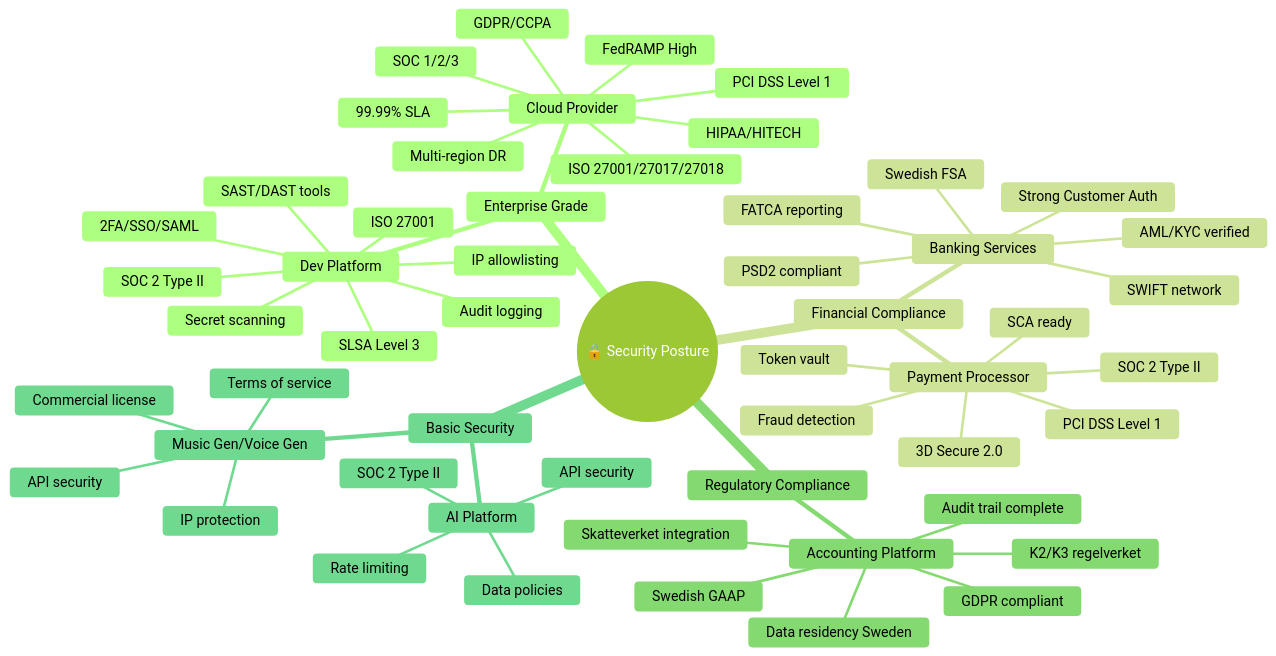
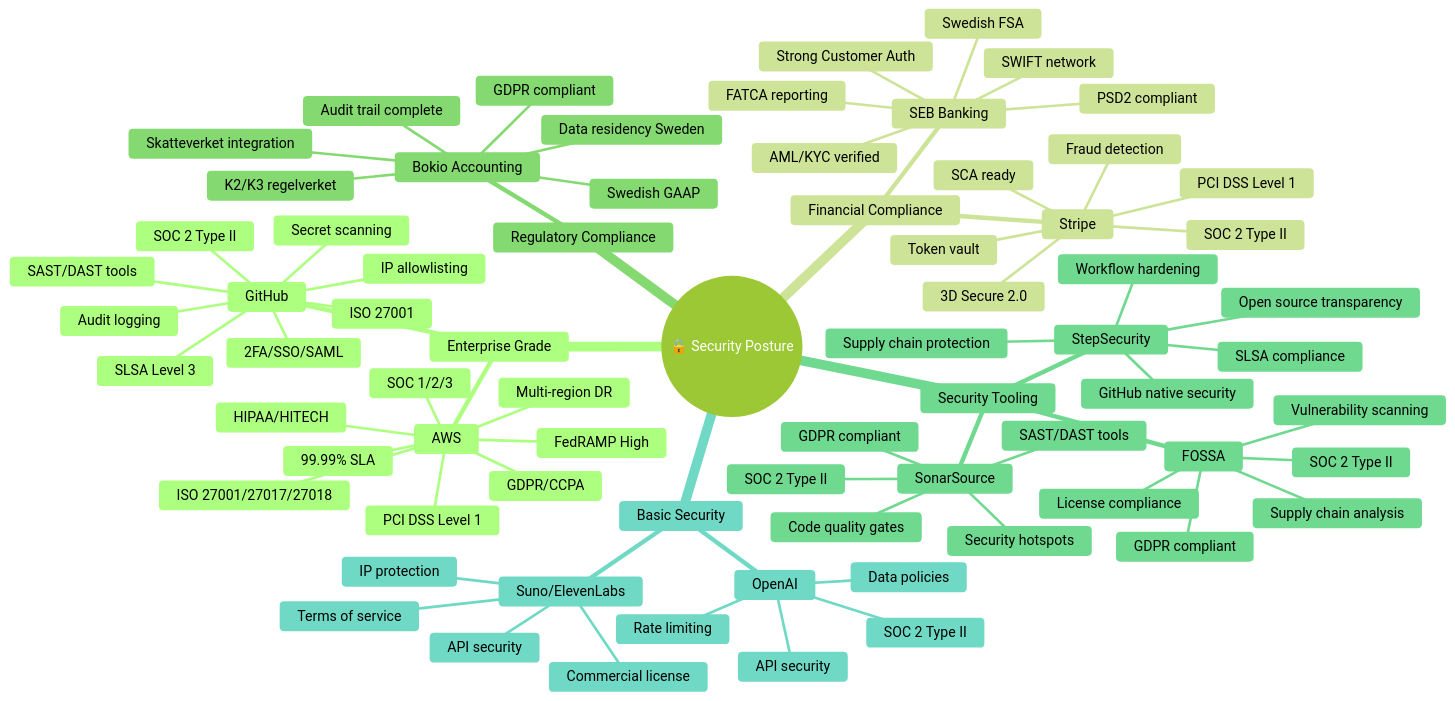
One commit to Hack23/ISMS-PUBLIC changed the second of 5 diagrams in SUPPLIER.md. Above: the diagram before and after it, drawn with Mermaid (forest theme). The commit also changed other lines of this file, not shown here.

````diff
--- a/SUPPLIER.md
+++ b/SUPPLIER.md
@@ -137,57 +166,76 @@
 ```mermaid
 mindmap
   root((🔒 Security Posture))
     Enterprise Grade
-      Cloud Provider
+      AWS
         ISO 27001/27017/27018
         SOC 1/2/3
         PCI DSS Level 1
         HIPAA/HITECH
         FedRAMP High
         GDPR/CCPA
         Multi-region DR
         99.99% SLA
-      Dev Platform
+      GitHub
         SOC 2 Type II
         ISO 27001
         SLSA Level 3
         2FA/SSO/SAML
         IP allowlisting
         Audit logging
         Secret scanning
         SAST/DAST tools
     Financial Compliance
-      Banking Services
+      SEB Banking
         PSD2 compliant
         Swedish FSA
         SWIFT network
         AML/KYC verified
         FATCA reporting
         Strong Customer Auth
-      Payment Processor
+      Stripe
         PCI DSS Level 1
         SOC 2 Type II
         3D Secure 2.0
         SCA ready
         Token vault
         Fraud detection
     Regulatory Compliance
-      Accounting Platform
+      Bokio Accounting
         Swedish GAAP
         K2/K3 regelverket
         Skatteverket integration
         GDPR compliant
         Data residency Sweden
         Audit trail complete
+    Security Tooling
+      SonarSource
+        SOC 2 Type II
+        GDPR compliant
+        SAST/DAST tools
+        Code quality gates
+        Security hotspots
+      FOSSA
+        SOC 2 Type II
+        GDPR compliant
+        License compliance
+        Vulnerability scanning
+        Supply chain analysis
+      StepSecurity
+        GitHub native security
+        SLSA compliance
+        Workflow hardening
+        Supply chain protection
+        Open source transparency
     Basic Security
-      Music Gen/Voice Gen
+      Suno/ElevenLabs
         Terms of service
         IP protection
         Commercial license
         API security
-      AI Platform
+      OpenAI
         SOC 2 Type II
         Data policies
         API security
         Rate limiting
 ```
````
